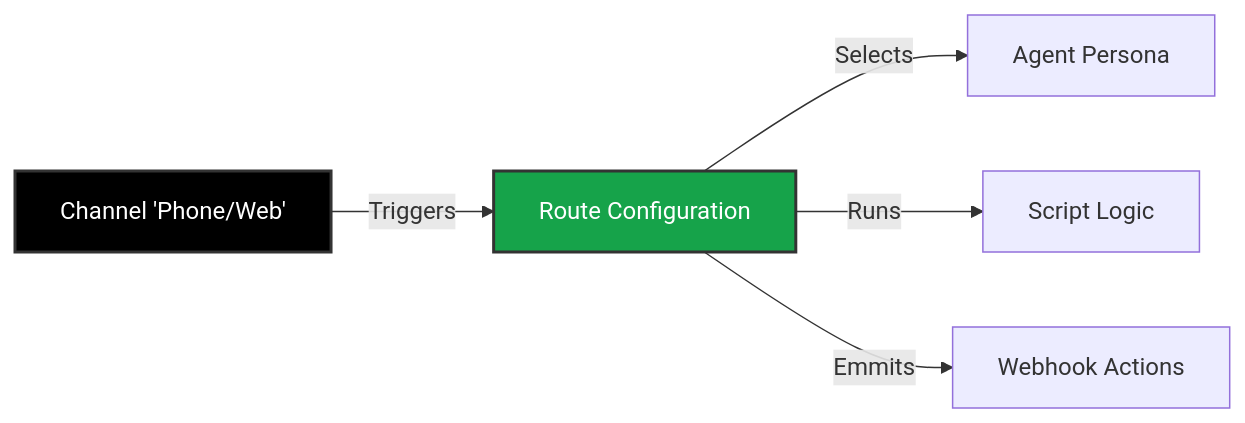
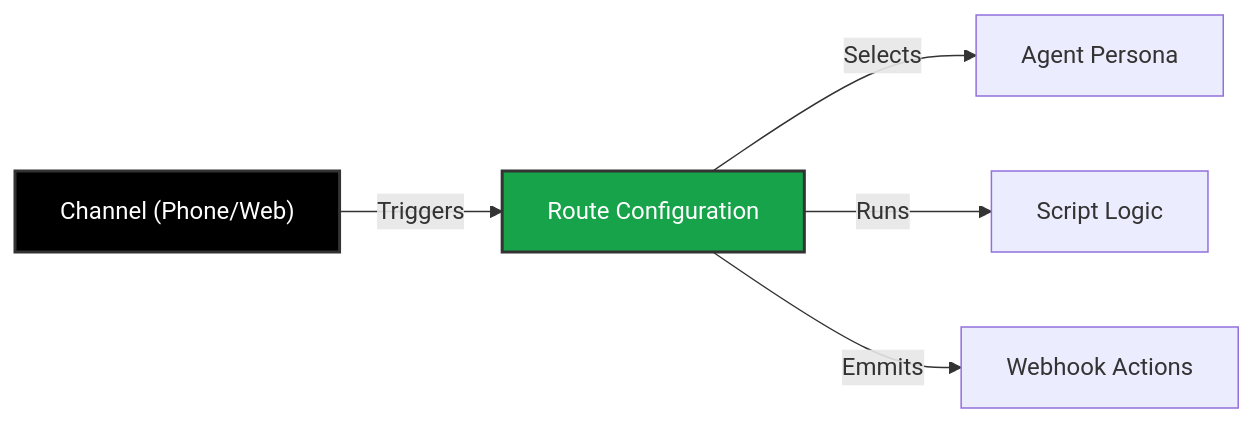
Before and after one commit to abdofallah/IqraAI-Docs: the diagram in content/docs/build/campaigns/index.mdx, drawn with Mermaid. The commit also changed other lines of this file and 12 other files, not shown here.

````diff
--- a/content/docs/build/campaigns/index.mdx
+++ b/content/docs/build/campaigns/index.mdx
@@ -14,10 +14,10 @@
 ```mermaid
 graph LR
-    Channel[Channel 'Phone/Web'] -->|Triggers| Route[Route Configuration]
+    Channel["Channel (Phone/Web)"] -->|Triggers| Route[Route Configuration]
     Route -->|Selects| Agent[Agent Persona]
     Route -->|Runs| Script[Script Logic]
     Route -->|Emmits| Action[Webhook Actions]
     
     style Channel fill:#000,stroke:#333,stroke-width:2px,color:#fff
     style Route fill:#16a34a,stroke:#333,stroke-width:2px,color:#fff
 ```
````
